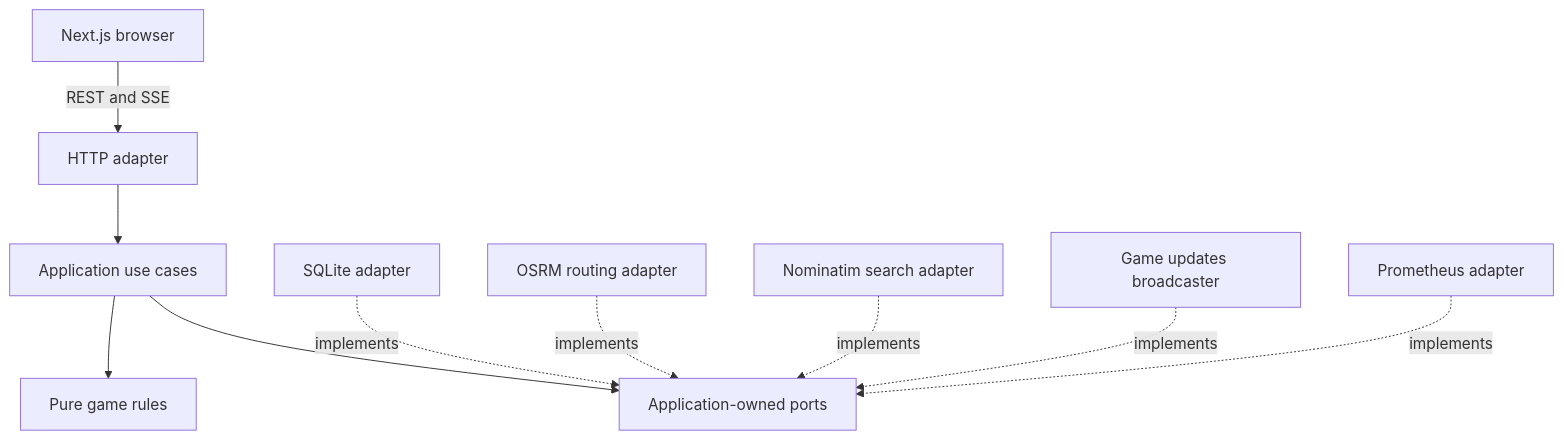
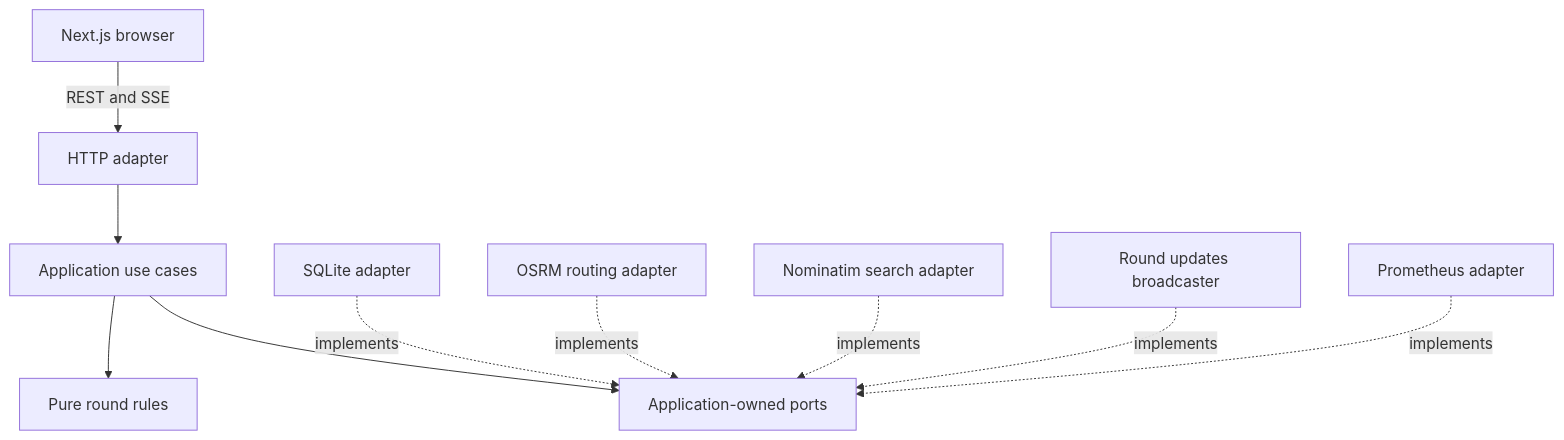
Before and after one commit to BenSuskins/pubgolf: the first of 3 diagrams in docs/ARCHITECTURE.md, drawn with Mermaid. The commit also changed other lines of this file and 52 other files, not shown here.

````diff
--- a/docs/ARCHITECTURE.md
+++ b/docs/ARCHITECTURE.md
@@ -13,12 +13,12 @@
 ```mermaid
 flowchart TD
     Browser[Next.js browser] -->|REST and SSE| HTTP[HTTP adapter]
     HTTP --> Application[Application use cases]
-    Application --> Domain[Pure game rules]
+    Application --> Domain[Pure round rules]
     Application --> Ports[Application-owned ports]
     SQLite[SQLite adapter] -. implements .-> Ports
     OSRM[OSRM routing adapter] -. implements .-> Ports
     Nominatim[Nominatim search adapter] -. implements .-> Ports
-    Updates[Game updates broadcaster] -. implements .-> Ports
+    Updates[Round updates broadcaster] -. implements .-> Ports
     Metrics[Prometheus adapter] -. implements .-> Ports
 ```
````
